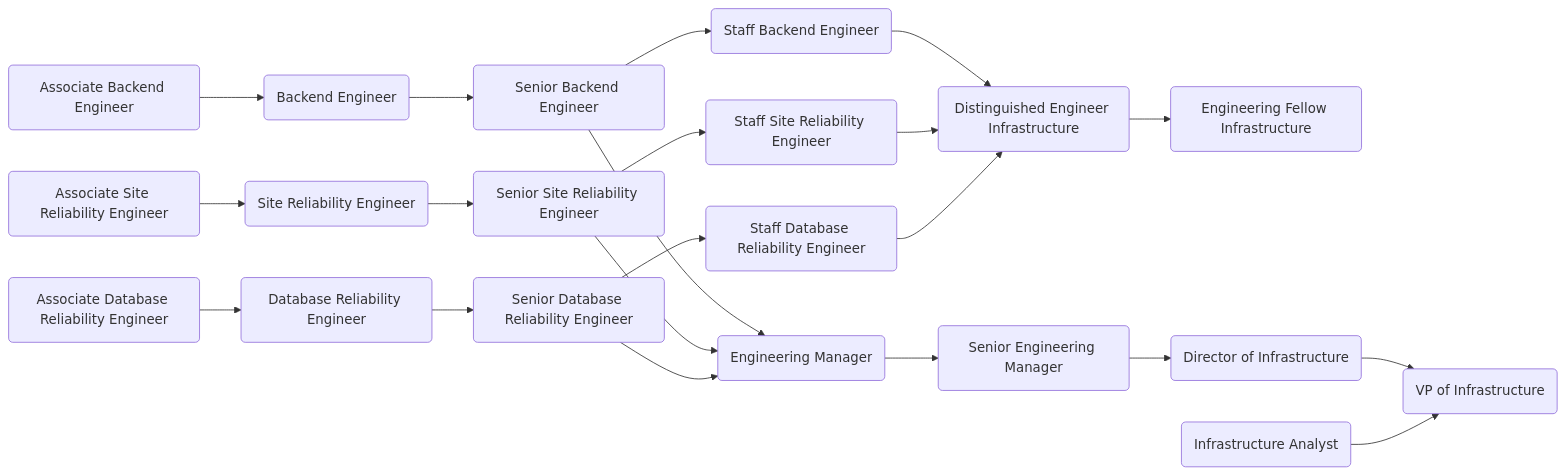
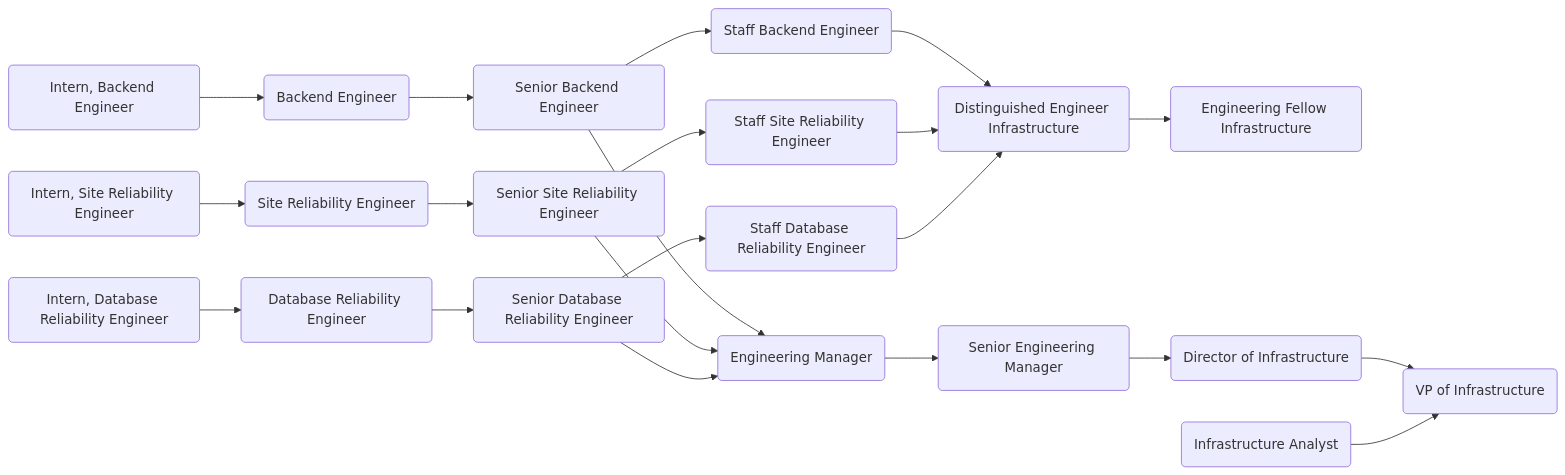
The sixth of 6 diagrams in career-development/index.html.md (secretstartups/handbook), drawn with Mermaid before and after one commit. The commit also changed other lines of this file, not shown here.

Commit message:
Deprecating the Junior level in favour of the "Intern" level in Engineering

````diff
--- a/career-development/index.html.md
+++ b/career-development/index.html.md
@@ -292,62 +296,62 @@
 ```mermaid
   graph LR;
 
   %% Backend Engineers
-  eng:abe(Associate Backend Engineer)-->eng:be(Senior Backend Engineer);
+  eng:abe(Intern, Backend Engineer)-->eng:be(Senior Backend Engineer);
   eng:be(Backend Engineer)-->eng:sbe(Senior Backend Engineer);
   eng:sbe(Senior Backend Engineer)-->eng:stbe(Staff Backend Engineer);
   eng:stbe(Staff Backend Engineer)-->eng:dei(Distinguished Engineer Infrastructure);
   eng:dei(Distinguished Engineer Infrastructure)-->eng:efi(Engineering Fellow Infrastructure);
 
   %% Site Reliability Engineer
-  eng:asre(Associate Site Reliability Engineer)-->eng:sre(Site Reliability Engineer);
+  eng:asre(Intern, Site Reliability Engineer)-->eng:sre(Site Reliability Engineer);
   eng:sre(Site Reliability Engineer)-->eng:srsre(Senior Site Reliability Engineer);
   eng:srsre(Senior Site Reliability Engineer)-->eng:stsre(Staff Site Reliability Engineer);
   eng:stsre(Staff Site Reliability Engineer)-->eng:dei(Distinguished Engineer Infrastructure);
 
   %% Database Reliability Engineer track
-  eng:adbre(Associate Database Reliability Engineer)-->eng:dbre(Database Reliability Engineer);
+  eng:adbre(Intern, Database Reliability Engineer)-->eng:dbre(Database Reliability Engineer);
   eng:dbre(Database Reliability Engineer)-->eng:srdbre(Senior Database Reliability Engineer);
   eng:srdbre(Senior Database Reliability Engineer)-->eng:stdbre(Staff Database Reliability Engineer);
   eng:stdbre(Staff Database Reliability Engineer)-->eng:dei(Distinguished Engineer Infrastructure);
 
   %% Management
   eng:sbe(Senior Backend Engineer)-->eng:em(Engineering Manager);
   eng:srsre(Senior Site Reliability Engineer)-->eng:em(Engineering Manager);
   eng:srdbre(Senior Database Reliability Engineer)-->eng:em(Engineering Manager);
   eng:em(Engineering Manager)-->eng:sem(Senior Engineering Manager);
   eng:sem(Senior Engineering Manager)-->eng:di(Director of Infrastructure);
   eng:di(Director of Infrastructure)-->eng:vpi(VP of Infrastructure);
 
   %% Infrastructure Analyst
   eng:ia(Infrastructure Analyst)-->eng:vpi(VP of Infrastructure);
 
   %% Backend engineer
   click eng:abe "/job-families/engineering/infrastructure/backend-engineer/";
   click eng:be "/job-families/engineering/infrastructure/backend-engineer/";
   click eng:sbe "/job-families/engineering/infrastructure/backend-engineer/";
   click eng:stbe "/job-families/engineering/infrastructure/backend-engineer/";
 
   %% Site Reliability Engineer
   click eng:asre "/job-families/engineering/infrastructure/site-reliability-engineer/";
   click eng:sre "/job-families/engineering/infrastructure/site-reliability-engineer/";
   click eng:srsre "/job-families/engineering/infrastructure/site-reliability-engineer/";
   click eng:stsre "/job-families/engineering/infrastructure/site-reliability-engineer/";
 
   %% Database Reliability Engineer
   click eng:adbre "/job-families/engineering/infrastructure/database-reliability-engineer/";
   click eng:dbre "/job-families/engineering/infrastructure/database-reliability-engineer/";
   click eng:srdbre "/job-families/engineering/infrastructure/database-reliability-engineer/";
   click eng:stdbre "/job-families/engineering/infrastructure/database-reliability-engineer/";
 
   %% Infrastructure Management
   click eng:em "/job-families/engineering/infrastructure-management/";
   click eng:sem "/job-families/engineering/infrastructure-management/";
   click eng:di "/job-families/engineering/infrastructure-management/";
   click eng:vpi "/job-families/engineering/infrastructure-management/";
 
   %% Individual contributors
   click eng:ia "/job-families/engineering/infrastructure/analyst";
   click eng:dei "/job-families/engineering/infrastructure/distinguished-engineer/";
   click eng:efi "/job-families/engineering/infrastructure/engineering-fellow/";
 ```
````
